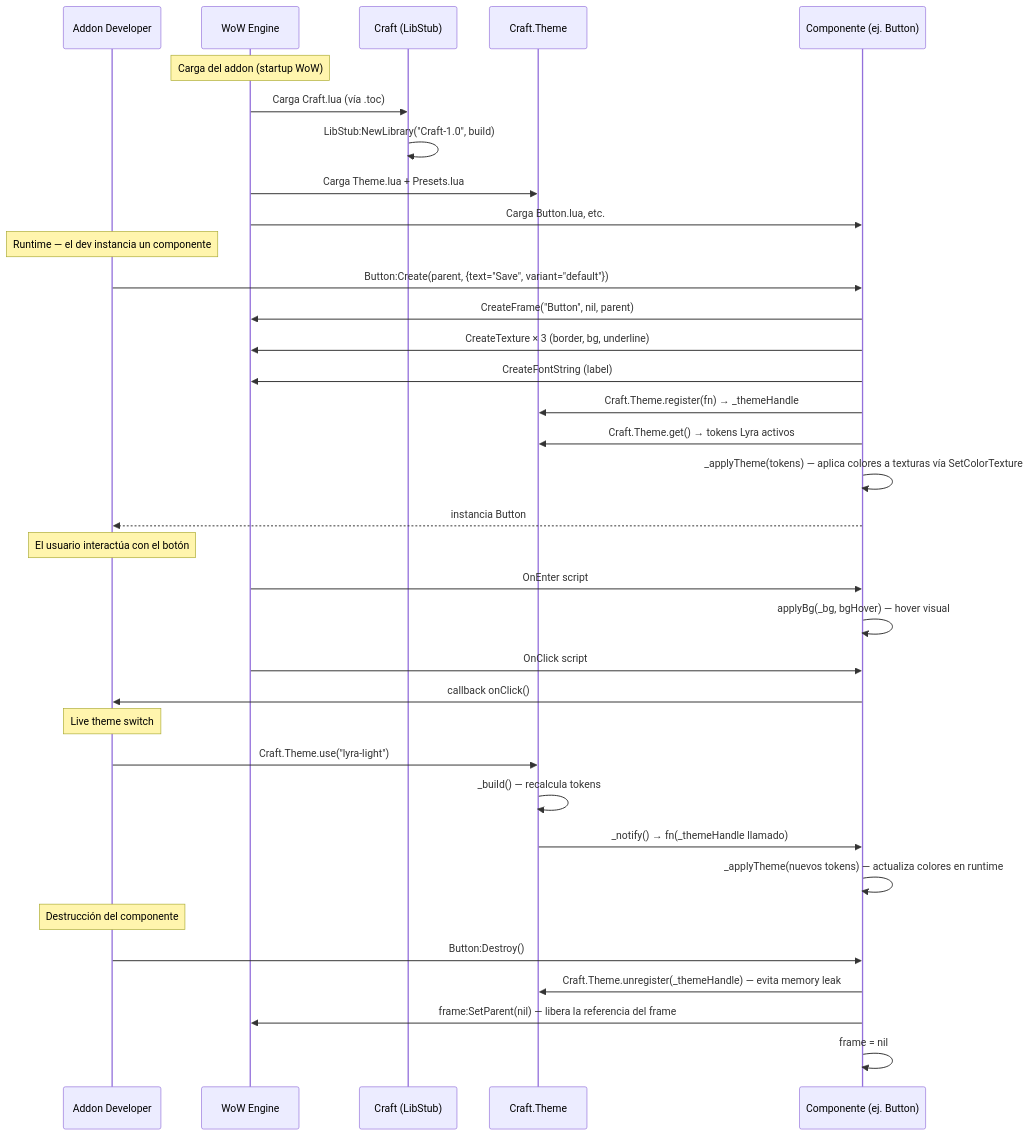
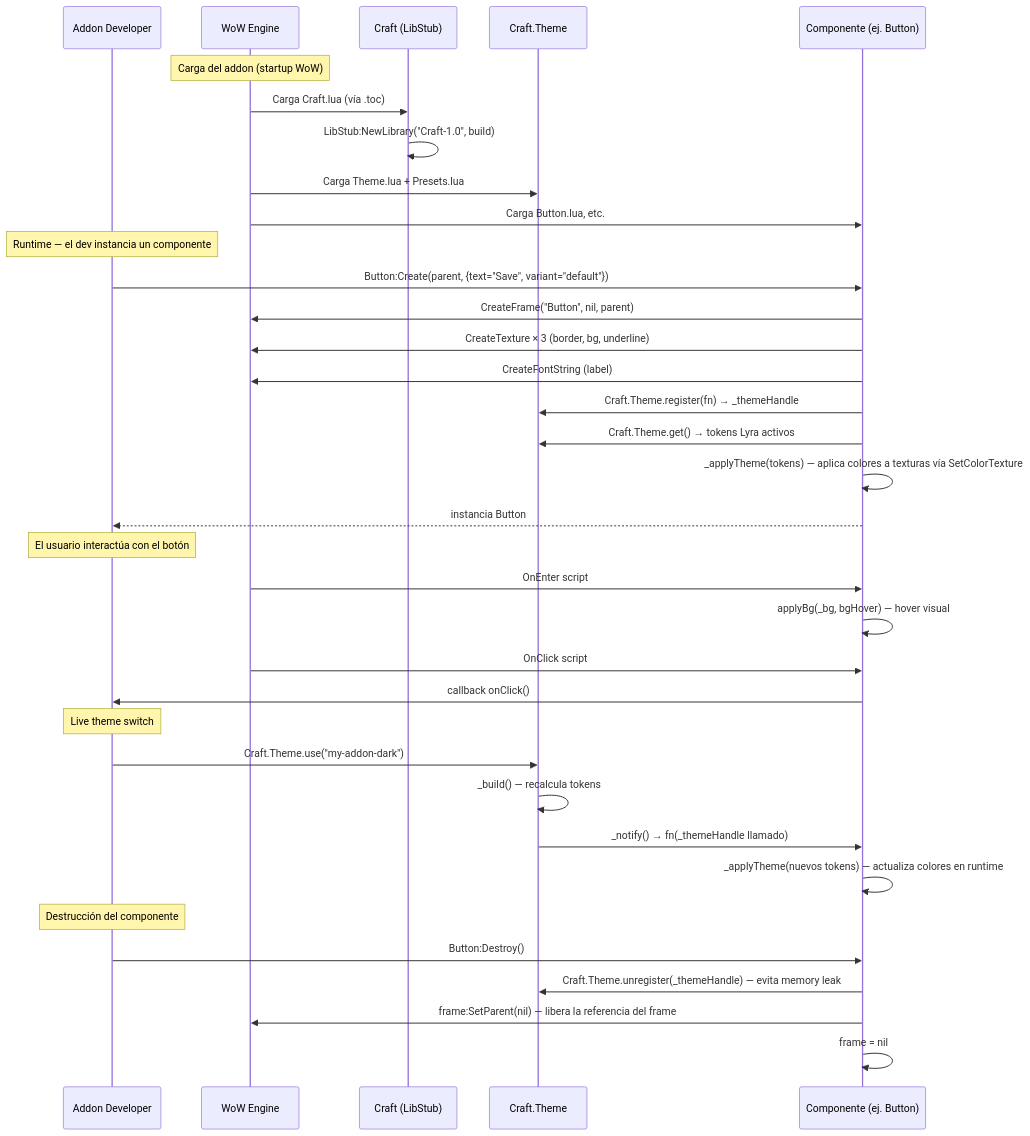
Before and after one commit to bettogamer/craft: the fourth of 6 diagrams in docs/DTI_v0.1.md, drawn with Mermaid. The commit also changed other lines of this file and 5 other files, not shown here.

First line of the commit message:
docs: eliminar referencias stale a lyra-light y Craft_SharedMedia

````diff
--- a/docs/DTI_v0.1.md
+++ b/docs/DTI_v0.1.md
@@ -194,42 +194,42 @@
 ```mermaid
 sequenceDiagram
   participant Dev as Addon Developer
   participant WoW as WoW Engine
   participant Craft as Craft (LibStub)
   participant Theme as Craft.Theme
   participant Comp as Componente (ej. Button)
 
   Note over WoW: Carga del addon (startup WoW)
   WoW->>Craft: Carga Craft.lua (vía .toc)
   Craft->>Craft: LibStub:NewLibrary("Craft-1.0", build)
   WoW->>Theme: Carga Theme.lua + Presets.lua
   WoW->>Comp: Carga Button.lua, etc.
 
   Note over Dev: Runtime — el dev instancia un componente
   Dev->>Comp: Button:Create(parent, {text="Save", variant="default"})
   Comp->>WoW: CreateFrame("Button", nil, parent)
   Comp->>WoW: CreateTexture × 3 (border, bg, underline)
   Comp->>WoW: CreateFontString (label)
   Comp->>Theme: Craft.Theme.register(fn) → _themeHandle
   Comp->>Theme: Craft.Theme.get() → tokens Lyra activos
   Comp->>Comp: _applyTheme(tokens) — aplica colores a texturas vía SetColorTexture
   Comp-->>Dev: instancia Button
 
   Note over Dev: El usuario interactúa con el botón
   WoW->>Comp: OnEnter script
   Comp->>Comp: applyBg(_bg, bgHover) — hover visual
   WoW->>Comp: OnClick script
   Comp->>Dev: callback onClick()
 
   Note over Dev: Live theme switch
-  Dev->>Theme: Craft.Theme.use("lyra-light")
+  Dev->>Theme: Craft.Theme.use("my-addon-dark")
   Theme->>Theme: _build() — recalcula tokens
   Theme->>Comp: _notify() → fn(_themeHandle llamado)
   Comp->>Comp: _applyTheme(nuevos tokens) — actualiza colores en runtime
 
   Note over Dev: Destrucción del componente
   Dev->>Comp: Button:Destroy()
   Comp->>Theme: Craft.Theme.unregister(_themeHandle) — evita memory leak
   Comp->>WoW: frame:SetParent(nil) — libera la referencia del frame
   Comp->>Comp: frame = nil
 ```
````
